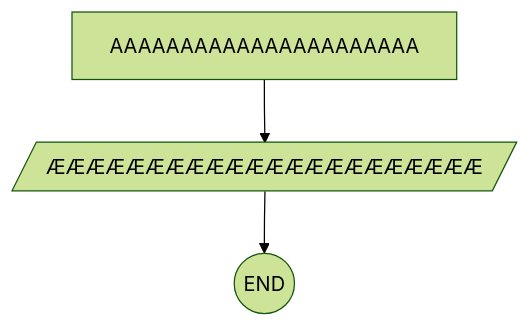
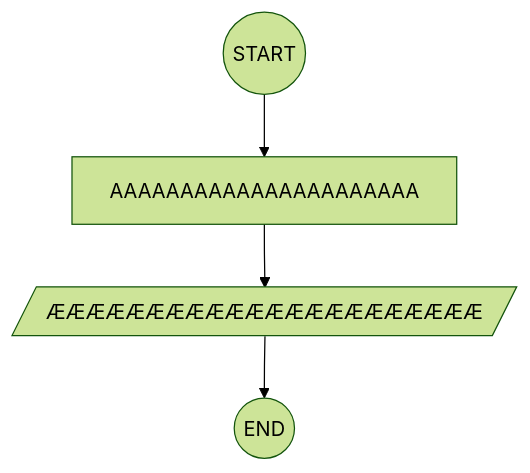
One commit to Askemanden/Askemanden changed the diagram in README.md. Above: the diagram before and after it, drawn with Mermaid (forest theme).

Commit message:
Fix mermaid syntax in README.md

````diff
--- a/README.md
+++ b/README.md
@@ -1,5 +1,6 @@
 ```mermaid
 flowchart TD
+z((START))-->a
 a["AAAAAAAAAAAAAAAAAAAAAA"]-->b[/"ÆÆÆÆÆÆÆÆÆÆÆÆÆÆÆÆÆÆÆÆÆÆ"/]
 b-->c(("END"))
 ```
````
